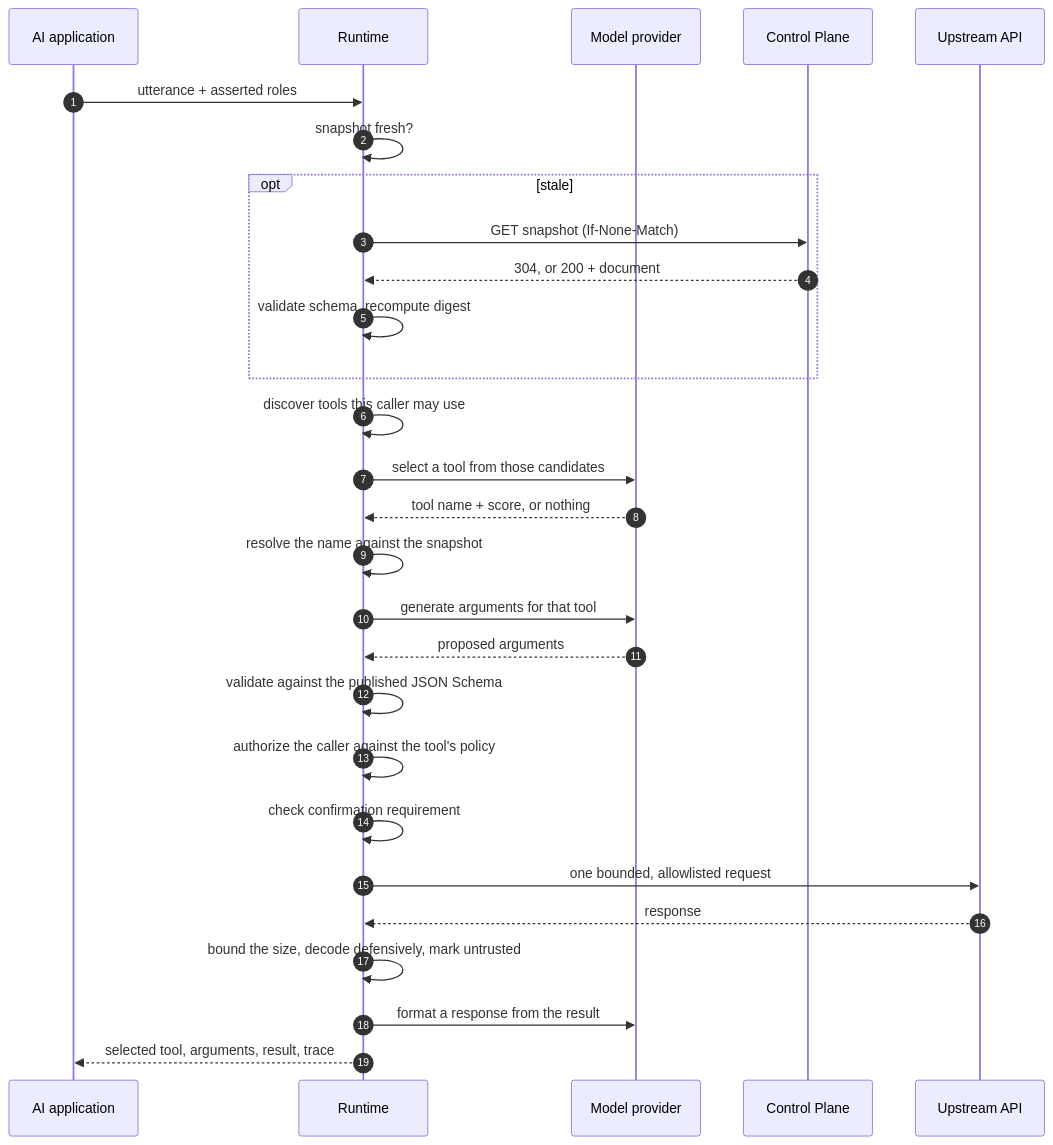
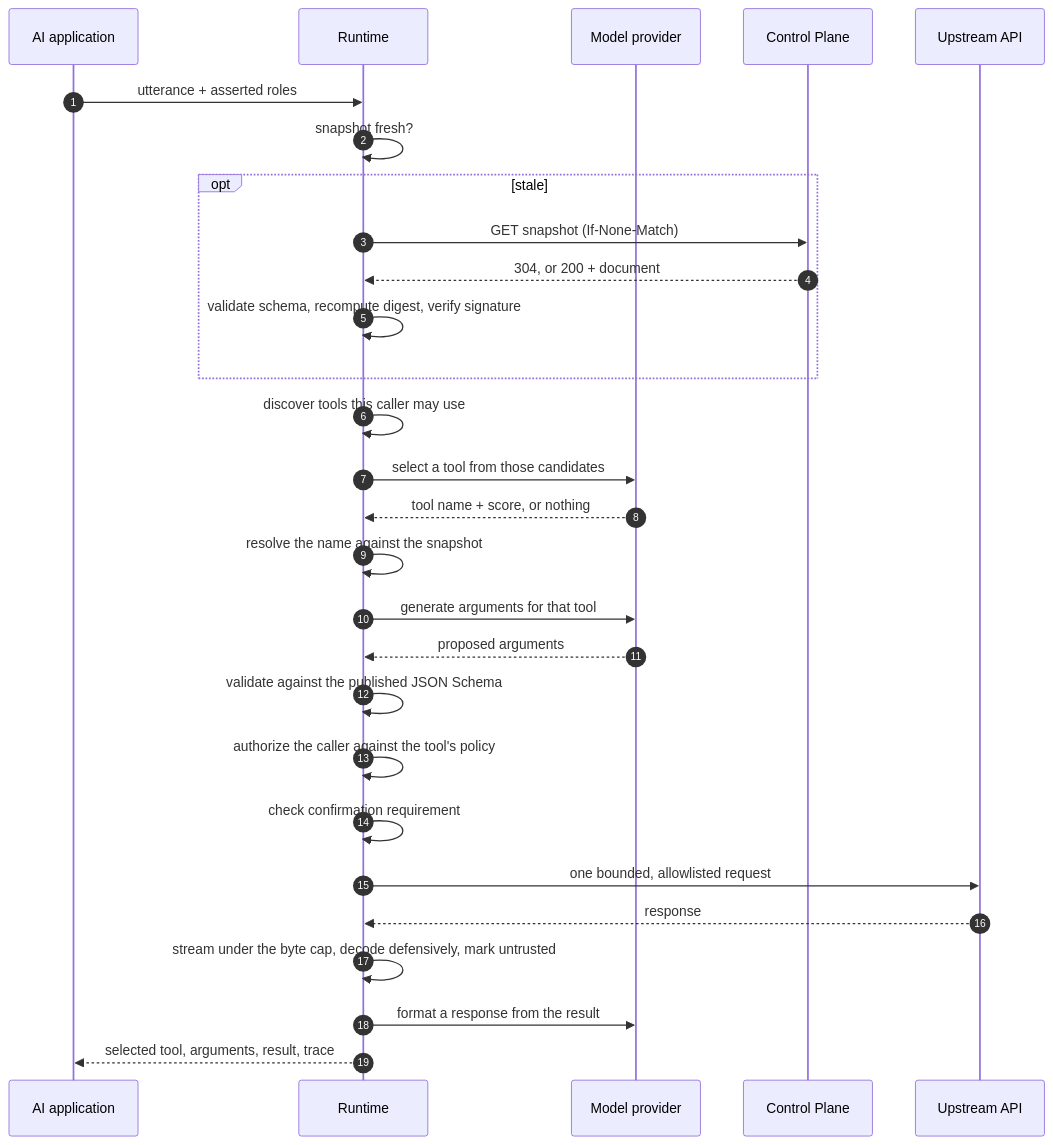
The diagram in docs/runtime.md (its-spark-dev/toollayer-ai), drawn with Mermaid before and after one commit. The commit also changed other lines of this file and 34 other files, not shown here.

````diff
--- a/docs/runtime.md
+++ b/docs/runtime.md
@@ -11,31 +11,31 @@
 ```mermaid
 sequenceDiagram
     autonumber
     participant C as AI application
     participant R as Runtime
     participant P as Model provider
     participant CP as Control Plane
     participant A as Upstream API
 
     C->>R: utterance + asserted roles
     R->>R: snapshot fresh?
     opt stale
         R->>CP: GET snapshot (If-None-Match)
         CP-->>R: 304, or 200 + document
-        R->>R: validate schema, recompute digest
+        R->>R: validate schema, recompute digest, verify signature
     end
     R->>R: discover tools this caller may use
     R->>P: select a tool from those candidates
     P-->>R: tool name + score, or nothing
     R->>R: resolve the name against the snapshot
     R->>P: generate arguments for that tool
     P-->>R: proposed arguments
     R->>R: validate against the published JSON Schema
     R->>R: authorize the caller against the tool's policy
     R->>R: check confirmation requirement
     R->>A: one bounded, allowlisted request
     A-->>R: response
-    R->>R: bound the size, decode defensively, mark untrusted
+    R->>R: stream under the byte cap, decode defensively, mark untrusted
     R->>P: format a response from the result
     R-->>C: selected tool, arguments, result, trace
 ```
````
